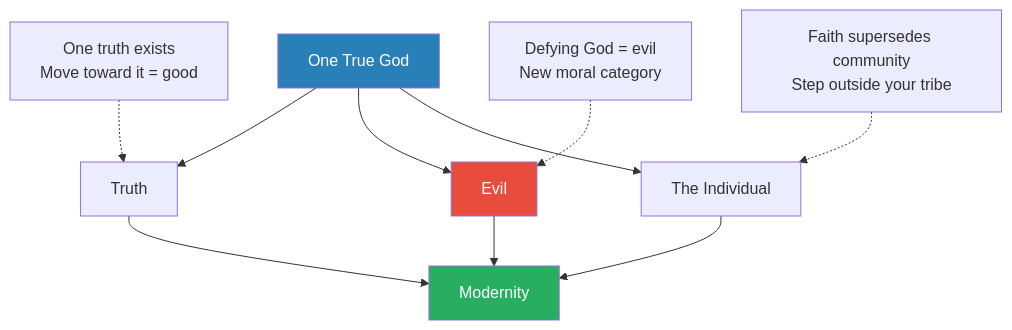
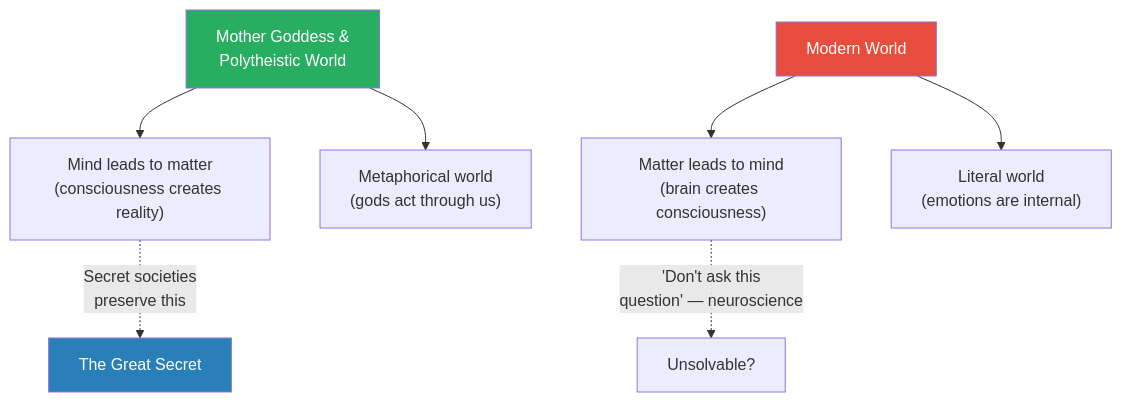
One commit to alius33/reader changed the second of 8 diagrams in summaries/Lectures/Secret History/05 - The Birth of Evil.md. Above: the diagram before and after it, drawn with Mermaid. The commit also changed other lines of this file and 26 other files, not shown here.

````diff
--- a/summaries/Lectures/Secret History/05 - The Birth of Evil.md
+++ b/summaries/Lectures/Secret History/05 - The Birth of Evil.md
@@ -142,15 +124,14 @@
 ```mermaid
 flowchart TB
-    G["One True God"] --> T["Truth"]
-    G --> E["Evil"]
-    G --> I["The Individual"]
-    T --> M["Modernity"]
-    E --> M
-    I --> M
-    T1["One truth exists<br/>Move toward it = good"] -.-> T
-    E1["Defying God = evil<br/>New moral category"] -.-> E
-    I1["Faith supersedes community<br/>Step outside your tribe"] -.-> I
-    style G fill:#2980b9,color:#fff
-    style M fill:#27ae60,color:#fff
-    style E fill:#e74c3c,color:#fff
+    MG["Mother Goddess &<br/>Polytheistic World"]
+    MW["Modern World"]
+    MG --> M1["Mind leads to matter<br/>(consciousness creates reality)"]
+    MG --> M2["Metaphorical world<br/>(gods act through us)"]
+    MW --> M3["Matter leads to mind<br/>(brain creates consciousness)"]
+    MW --> M4["Literal world<br/>(emotions are internal)"]
+    M1 -.->|"Secret societies<br/>preserve this"| SS["The Great Secret"]
+    M3 -.->|"'Don't ask this<br/>question' — neuroscience"| Q["Unsolvable?"]
+    style MG fill:#27ae60,color:#fff
+    style MW fill:#e74c3c,color:#fff
+    style SS fill:#2980b9,color:#fff
 ```
````
